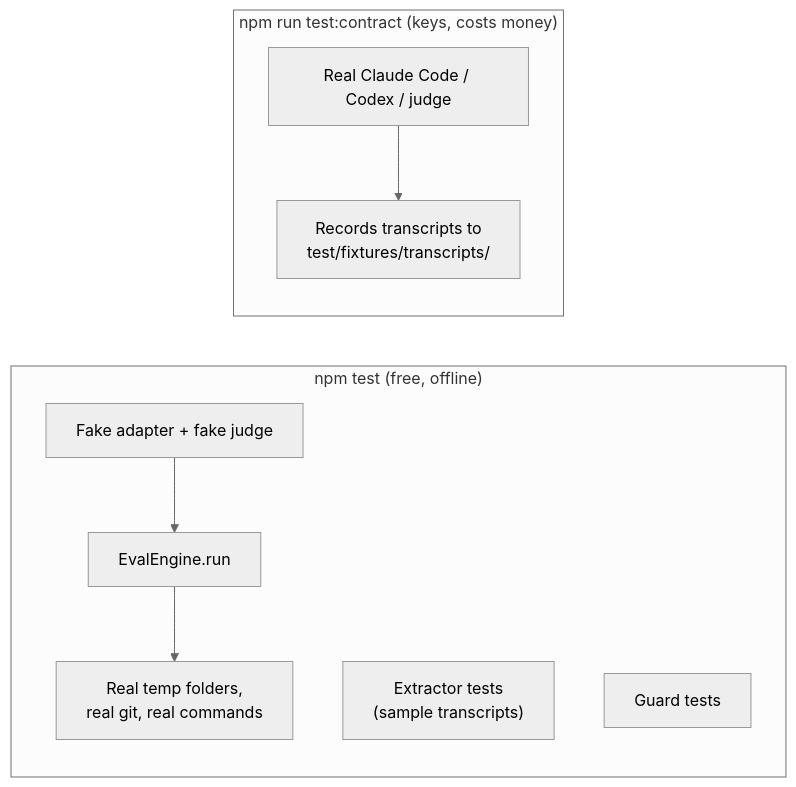
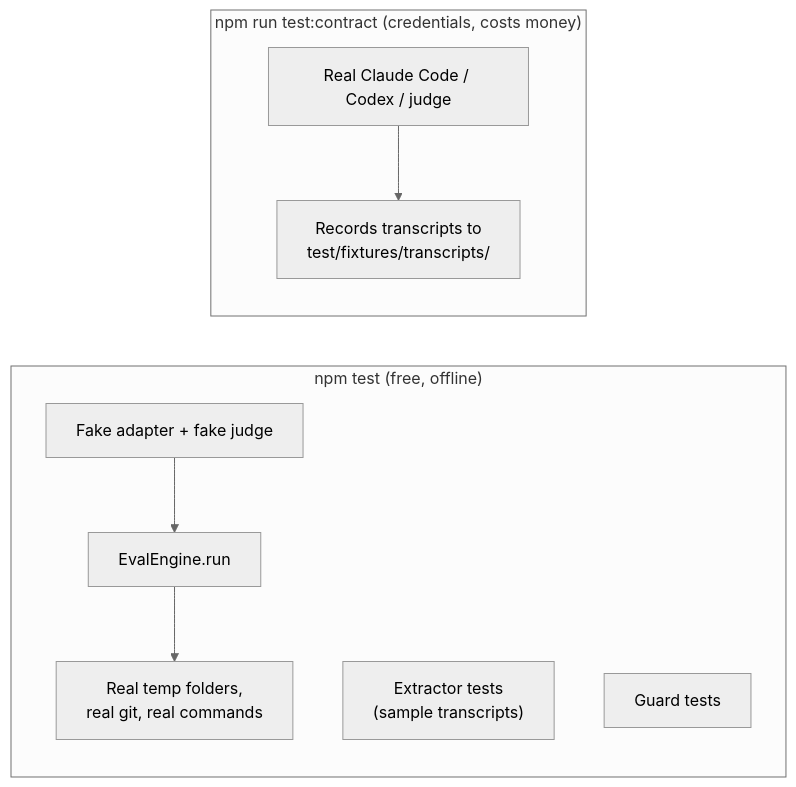
The eighth of 8 diagrams in evals/README.md (InteropIO/iointel-dev-kit), drawn with Mermaid (neutral theme) before and after one commit. The commit also changed other lines of this file and 6 other files, not shown here.

````diff
--- a/evals/README.md
+++ b/evals/README.md
@@ -447,12 +453,12 @@
 ```mermaid
 flowchart LR
     subgraph unit["npm test (free, offline)"]
         fakes["Fake adapter + fake judge"] --> seam["EvalEngine.run"]
         seam --> fs["Real temp folders,<br/>real git, real commands"]
         ext["Extractor tests<br/>(sample transcripts)"]
         guard["Guard tests"]
     end
-    subgraph contract["npm run test:contract (keys, costs money)"]
+    subgraph contract["npm run test:contract (credentials, costs money)"]
         real["Real Claude Code / Codex / judge"] --> rec["Records transcripts to<br/>test/fixtures/transcripts/"]
     end
 ```
````
